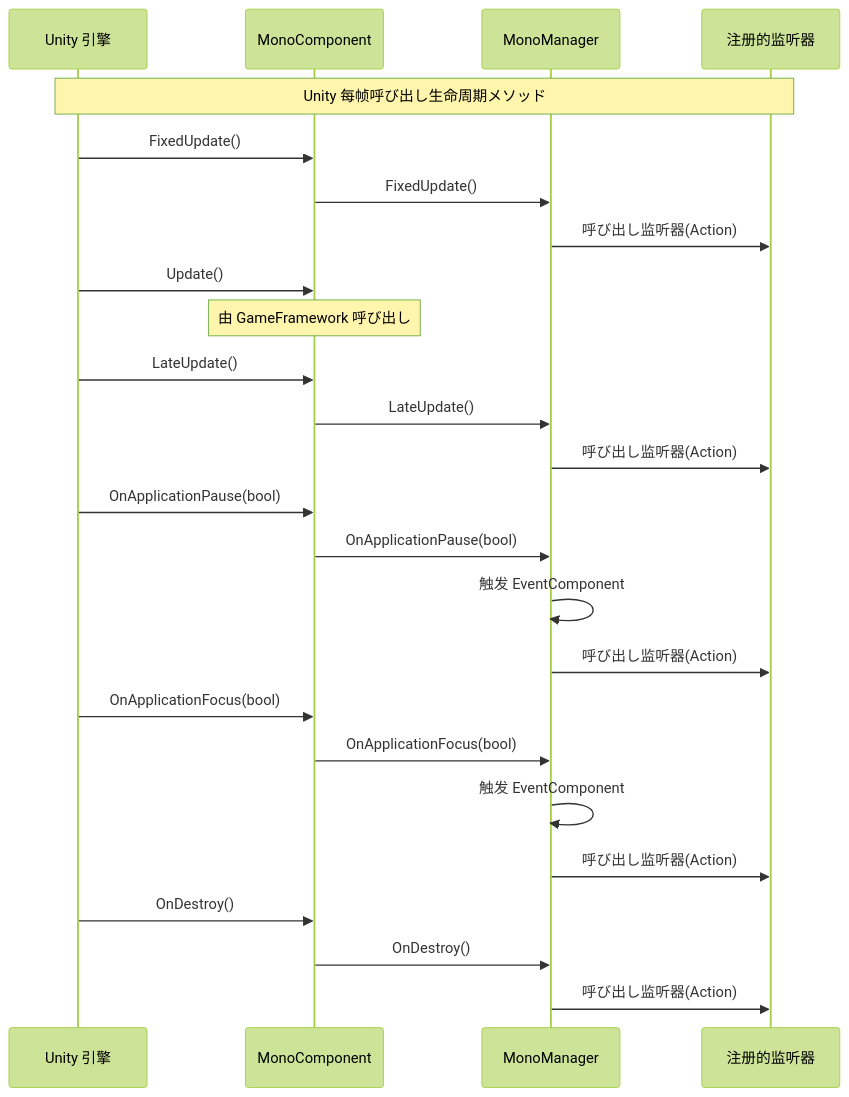
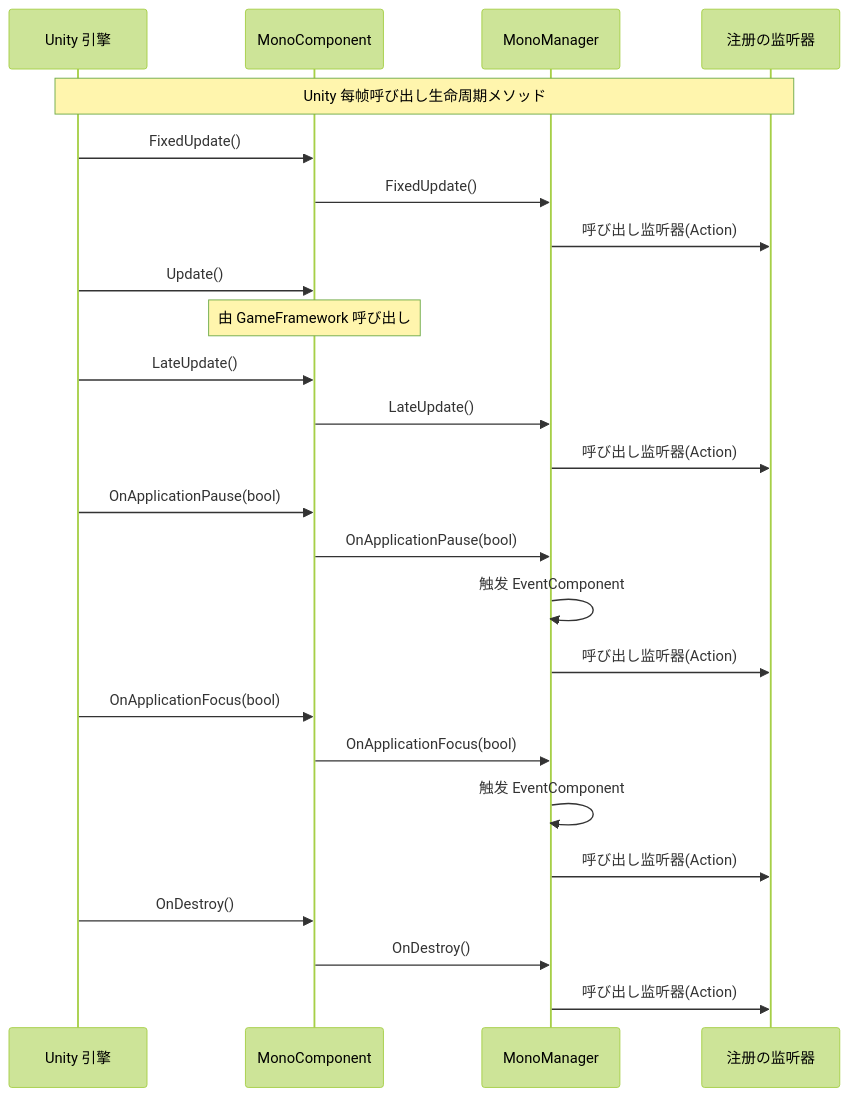
Before and after one commit to AlianBlank/GameFrameX.Docs: the second of 3 diagrams in docs/ja/client/unity/component/mono/06.monomanager.md, drawn with Mermaid (forest theme). The commit also changed other lines of this file and 320 other files, not shown here.

````diff
--- a/docs/ja/client/unity/component/mono/06.monomanager.md
+++ b/docs/ja/client/unity/component/mono/06.monomanager.md
@@ -60,34 +60,34 @@
 ```mermaid
 sequenceDiagram
     participant Unity as Unity 引擎
     participant MC as MonoComponent
     participant MM as MonoManager
-    participant Listener as 注册的监听器
+    participant Listener as 注册の监听器
 
     Note over Unity,Listener: Unity 每帧呼び出し生命周期メソッド
 
     Unity->>MC: FixedUpdate()
     MC->>MM: FixedUpdate()
     MM->>Listener: 呼び出し监听器(Action)
 
     Unity->>MC: Update()
     Note over MC: 由 GameFramework 呼び出し
 
     Unity->>MC: LateUpdate()
     MC->>MM: LateUpdate()
     MM->>Listener: 呼び出し监听器(Action)
 
     Unity->>MC: OnApplicationPause(bool)
     MC->>MM: OnApplicationPause(bool)
     MM->>MM: 触发 EventComponent
     MM->>Listener: 呼び出し监听器(Action)
 
     Unity->>MC: OnApplicationFocus(bool)
     MC->>MM: OnApplicationFocus(bool)
     MM->>MM: 触发 EventComponent
     MM->>Listener: 呼び出し监听器(Action)
 
     Unity->>MC: OnDestroy()
     MC->>MM: OnDestroy()
     MM->>Listener: 呼び出し监听器(Action)
 ```
````
